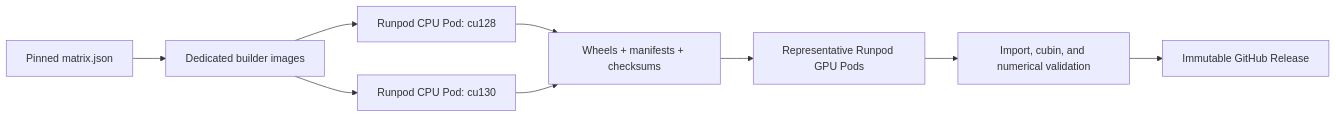
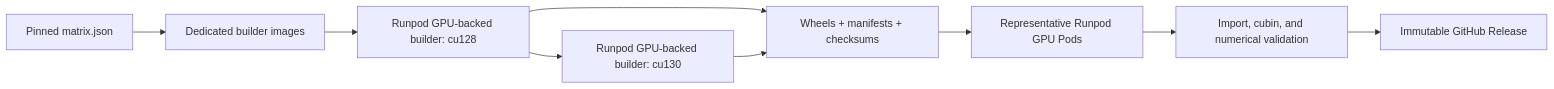
Before and after one commit to kodxana/runpod-sageattention: the diagram in README.md, drawn with Mermaid. The commit also changed other lines of this file and 14 other files, not shown here.

````diff
--- a/README.md
+++ b/README.md
@@ -28,11 +42,11 @@
 ```mermaid
 flowchart LR
     M["Pinned matrix.json"] --> I["Dedicated builder images"]
-    I --> C12["Runpod CPU Pod: cu128"]
-    I --> C13["Runpod CPU Pod: cu130"]
+    I --> C12["Runpod GPU-backed builder: cu128"]
+    C12 --> C13["Runpod GPU-backed builder: cu130"]
     C12 --> W["Wheels + manifests + checksums"]
     C13 --> W
     W --> G["Representative Runpod GPU Pods"]
     G --> V["Import, cubin, and numerical validation"]
     V --> R["Immutable GitHub Release"]
 ```
````
